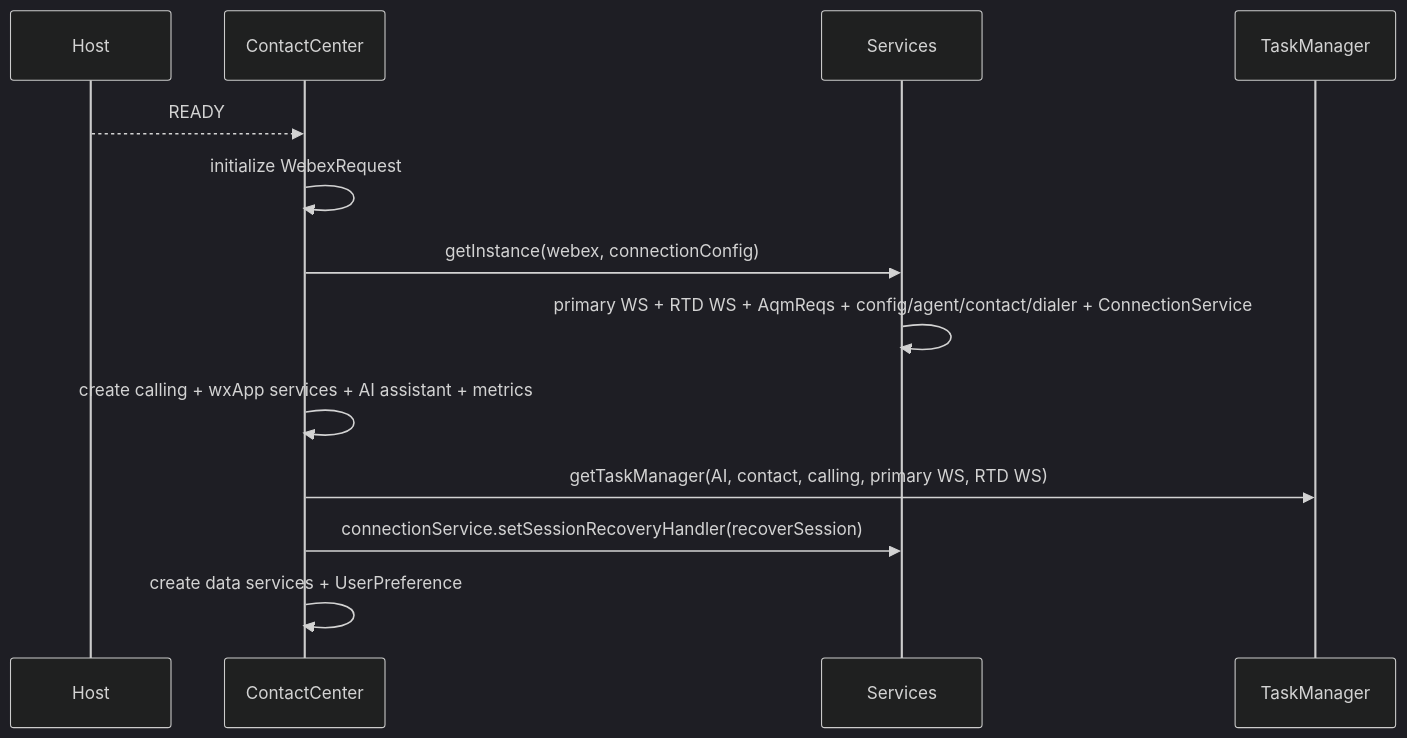
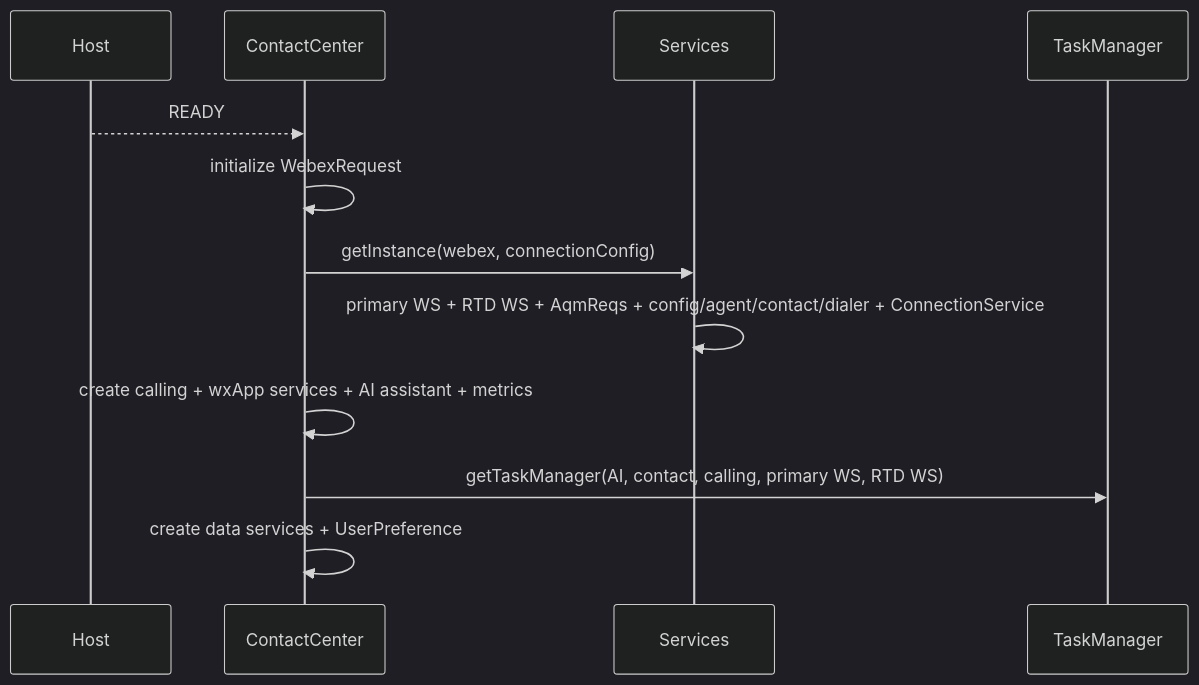
Before and after one commit to webex/webex-js-sdk: the first of 12 diagrams in packages/@webex/contact-center/src/services/docs/README.md, drawn with Mermaid (dark theme). The commit also changed other lines of this file and 12 other files, not shown here.

````diff
--- a/packages/@webex/contact-center/src/services/docs/README.md
+++ b/packages/@webex/contact-center/src/services/docs/README.md
@@ -336,15 +336,14 @@
 ```mermaid
 sequenceDiagram
   participant Host
   participant CC as ContactCenter
   participant S as Services
   participant TM as TaskManager
   Host-->>CC: READY
   CC->>CC: initialize WebexRequest
   CC->>S: getInstance(webex, connectionConfig)
   S->>S: primary WS + RTD WS + AqmReqs + config/agent/contact/dialer + ConnectionService
   CC->>CC: create calling + wxApp services + AI assistant + metrics
   CC->>TM: getTaskManager(AI, contact, calling, primary WS, RTD WS)
-  CC->>S: connectionService.setSessionRecoveryHandler(recoverSession)
   CC->>CC: create data services + UserPreference
 ```
````
